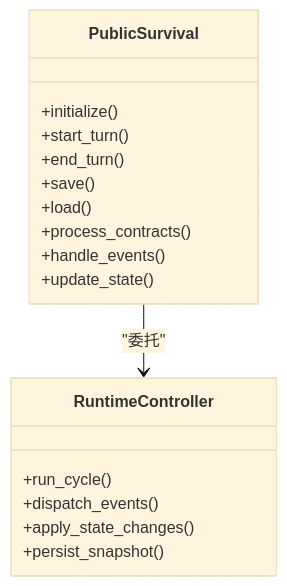
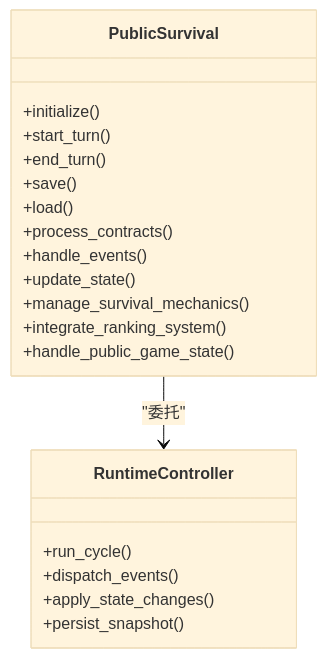
Before and after one commit to Ivandanslespace/thegreatnovel: the third of 9 diagrams in .qoder/repowiki/zh/content/运行时系统/公共生存模式.md, drawn with Mermaid (base theme). The commit also changed other lines of this file and 120 other files, not shown here.

````diff
--- a/.qoder/repowiki/zh/content/运行时系统/公共生存模式.md
+++ b/.qoder/repowiki/zh/content/运行时系统/公共生存模式.md
@@ -202,20 +202,23 @@
 ```mermaid
 classDiagram
 class PublicSurvival {
 +initialize()
 +start_turn()
 +end_turn()
 +save()
 +load()
 +process_contracts()
 +handle_events()
 +update_state()
++manage_survival_mechanics()
++integrate_ranking_system()
++handle_public_game_state()
 }
 class RuntimeController {
 +run_cycle()
 +dispatch_events()
 +apply_state_changes()
 +persist_snapshot()
 }
 PublicSurvival --> RuntimeController : "委托"
 ```
````
